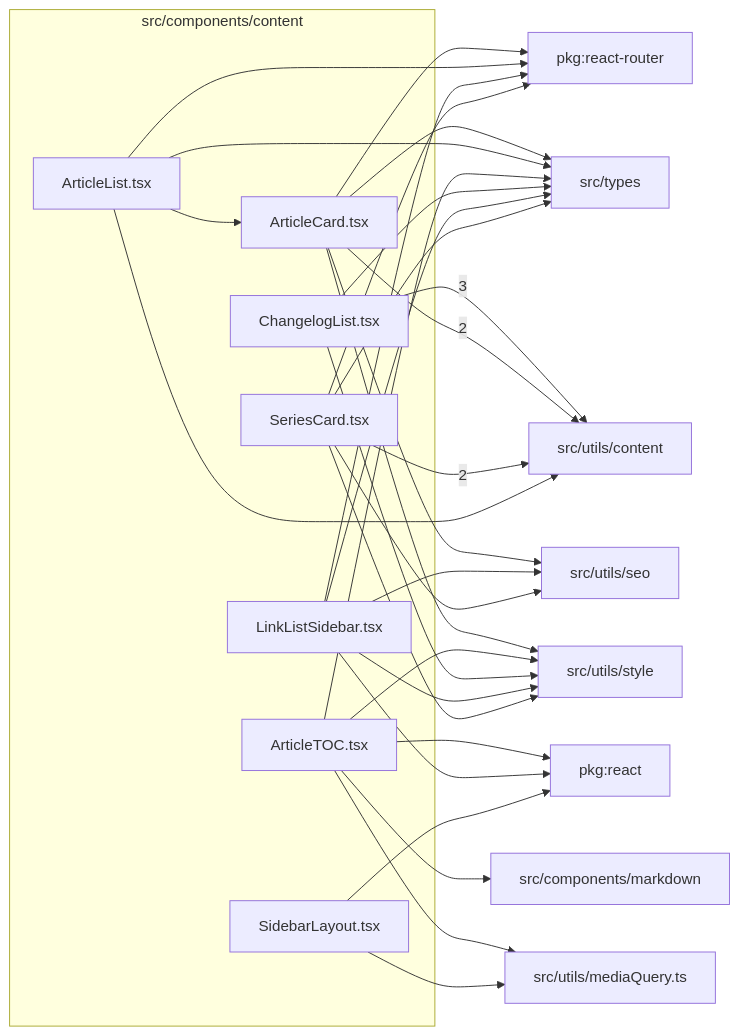
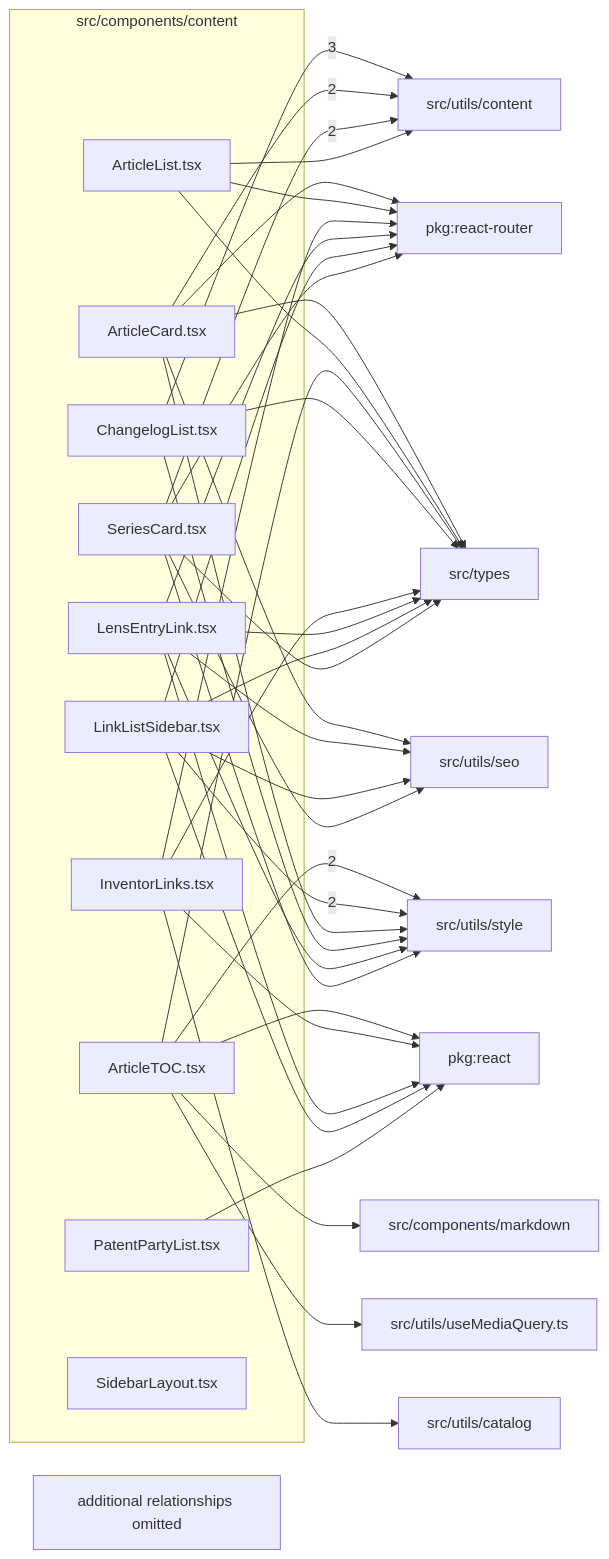
The diagram in src/components/content/readme.md (ronbuening/LensVisualizer), drawn with Mermaid before and after one commit. The commit also changed other lines of this file and 149 other files, not shown here.

````diff
--- a/src/components/content/readme.md
+++ b/src/components/content/readme.md
@@ -9,49 +9,61 @@
 ```mermaid
 flowchart LR
   subgraph n_src_components_content["src/components/content"]
     n_src_components_content_src_components_content_ArticleCard_tsx["ArticleCard.tsx"]
     n_src_components_content_src_components_content_ArticleList_tsx["ArticleList.tsx"]
     n_src_components_content_src_components_content_ArticleTOC_tsx["ArticleTOC.tsx"]
     n_src_components_content_src_components_content_ChangelogList_tsx["ChangelogList.tsx"]
+    n_src_components_content_src_components_content_InventorLinks_tsx["InventorLinks.tsx"]
+    n_src_components_content_src_components_content_LensEntryLink_tsx["LensEntryLink.tsx"]
     n_src_components_content_src_components_content_LinkListSidebar_tsx["LinkListSidebar.tsx"]
+    n_src_components_content_src_components_content_PatentPartyList_tsx["PatentPartyList.tsx"]
     n_src_components_content_src_components_content_SeriesCard_tsx["SeriesCard.tsx"]
     n_src_components_content_src_components_content_SidebarLayout_tsx["SidebarLayout.tsx"]
   end
   n_external_src_utils_content["src/utils/content"]
+  n_external_src_utils_style["src/utils/style"]
   n_external_pkg_react["pkg:react"]
   n_external_pkg_react_router["pkg:react-router"]
   n_external_src_components_markdown["src/components/markdown"]
   n_external_src_types["src/types"]
-  n_external_src_utils_mediaQuery_ts["src/utils/mediaQuery.ts"]
+  n_external_src_utils_catalog["src/utils/catalog"]
   n_external_src_utils_seo["src/utils/seo"]
-  n_external_src_utils_style["src/utils/style"]
+  n_external_src_utils_useMediaQuery_ts["src/utils/useMediaQuery.ts"]
   n_src_components_content_src_components_content_ChangelogList_tsx --> |3| n_external_src_utils_content
   n_src_components_content_src_components_content_ArticleCard_tsx --> |2| n_external_src_utils_content
   n_src_components_content_src_components_content_SeriesCard_tsx --> |2| n_external_src_utils_content
+  n_src_components_content_src_components_content_ArticleTOC_tsx --> |2| n_external_src_utils_style
+  n_src_components_content_src_components_content_LinkListSidebar_tsx --> |2| n_external_src_utils_style
   n_src_components_content_src_components_content_ArticleTOC_tsx --> n_external_pkg_react
+  n_src_components_content_src_components_content_InventorLinks_tsx --> n_external_pkg_react
+  n_src_components_content_src_components_content_LensEntryLink_tsx --> n_external_pkg_react
   n_src_components_content_src_components_content_LinkListSidebar_tsx --> n_external_pkg_react
-  n_src_components_content_src_components_content_SidebarLayout_tsx --> n_external_pkg_react
+  n_src_components_content_src_components_content_PatentPartyList_tsx --> n_external_pkg_react
   n_src_components_content_src_components_content_ArticleCard_tsx --> n_external_pkg_react_router
   n_src_components_content_src_components_content_ArticleList_tsx --> n_external_pkg_react_router
+  n_src_components_content_src_components_content_InventorLinks_tsx --> n_external_pkg_react_router
+  n_src_components_content_src_components_content_LensEntryLink_tsx --> n_external_pkg_react_router
   n_src_components_content_src_components_content_LinkListSidebar_tsx --> n_external_pkg_react_router
   n_src_components_content_src_components_content_SeriesCard_tsx --> n_external_pkg_react_router
   n_src_components_content_src_components_content_ArticleTOC_tsx --> n_external_src_components_markdown
   n_src_components_content_src_components_content_ArticleCard_tsx --> n_external_src_types
   n_src_components_content_src_components_content_ArticleList_tsx --> n_external_src_types
   n_src_components_content_src_components_content_ArticleTOC_tsx --> n_external_src_types
   n_src_components_content_src_components_content_ChangelogList_tsx --> n_external_src_types
+  n_src_components_content_src_components_content_InventorLinks_tsx --> n_external_src_types
+  n_src_components_content_src_components_content_LensEntryLink_tsx --> n_external_src_types
   n_src_components_content_src_components_content_LinkListSidebar_tsx --> n_external_src_types
   n_src_components_content_src_components_content_SeriesCard_tsx --> n_external_src_types
+  n_src_components_content_src_components_content_InventorLinks_tsx --> n_external_src_utils_catalog
   n_src_components_content_src_components_content_ArticleList_tsx --> n_external_src_utils_content
-  n_src_components_content_src_components_content_ArticleTOC_tsx --> n_external_src_utils_mediaQuery_ts
-  n_src_components_content_src_components_content_SidebarLayout_tsx --> n_external_src_utils_mediaQuery_ts
   n_src_components_content_src_components_content_ArticleCard_tsx --> n_external_src_utils_seo
+  n_src_components_content_src_components_content_LensEntryLink_tsx --> n_external_src_utils_seo
   n_src_components_content_src_components_content_LinkListSidebar_tsx --> n_external_src_utils_seo
   n_src_components_content_src_components_content_SeriesCard_tsx --> n_external_src_utils_seo
   n_src_components_content_src_components_content_ArticleCard_tsx --> n_external_src_utils_style
-  n_src_components_content_src_components_content_ArticleTOC_tsx --> n_external_src_utils_style
   n_src_components_content_src_components_content_ChangelogList_tsx --> n_external_src_utils_style
-  n_src_components_content_src_components_content_LinkListSidebar_tsx --> n_external_src_utils_style
+  n_src_components_content_src_components_content_LensEntryLink_tsx --> n_external_src_utils_style
   n_src_components_content_src_components_content_SeriesCard_tsx --> n_external_src_utils_style
-  n_src_components_content_src_components_content_ArticleList_tsx --> n_src_components_content_src_components_content_ArticleCard_tsx
+  n_src_components_content_src_components_content_ArticleTOC_tsx --> n_external_src_utils_useMediaQuery_ts
+  n_src_components_content_truncated["additional relationships omitted"]
 ```
````
